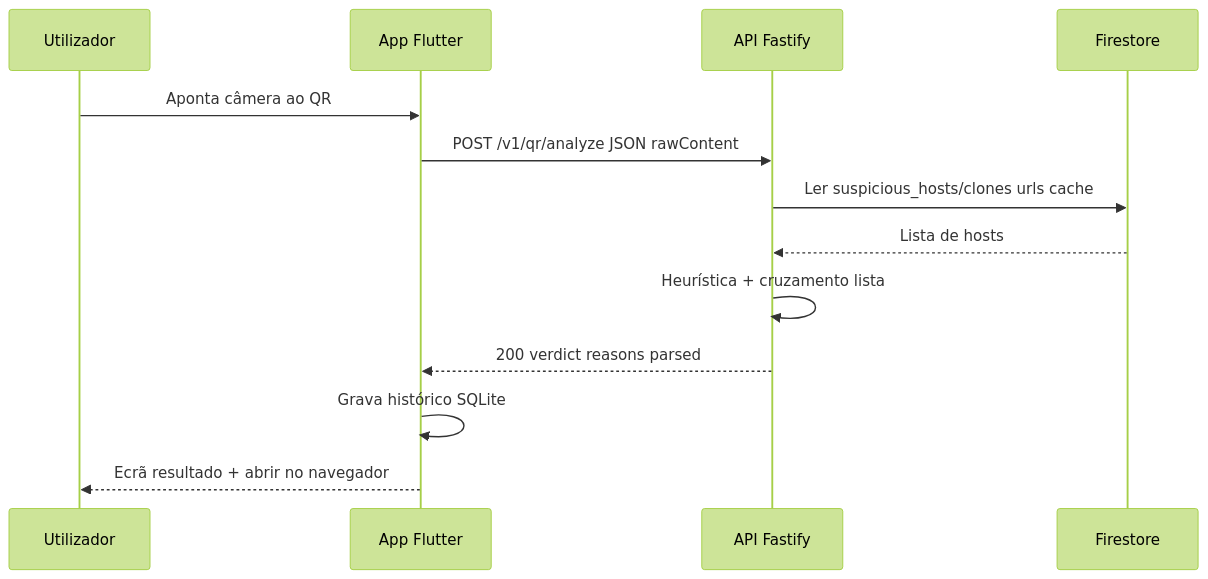
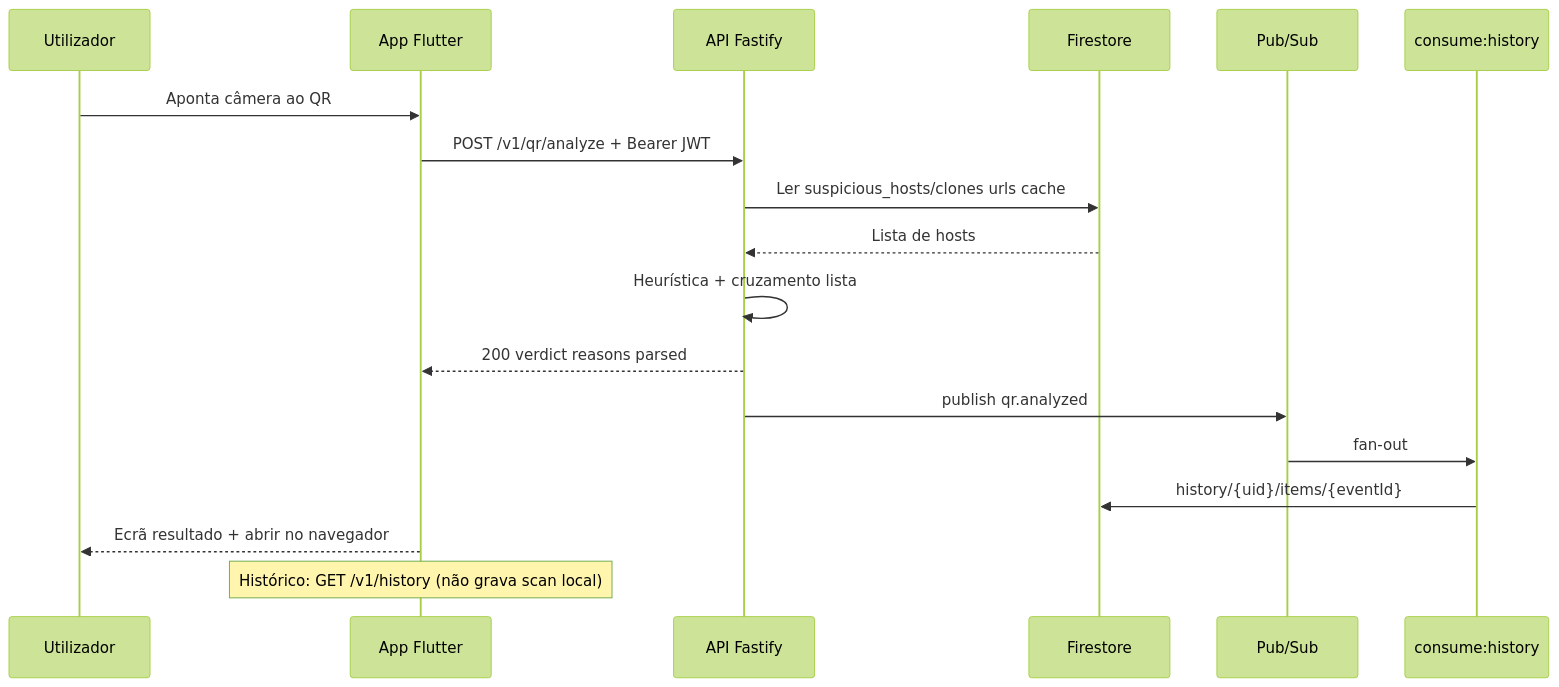
The second of 2 diagrams in docs/SPRINT-2-STATUS-E-PROXIMA-ENTREGA.md (AndreWar10/SafeQR), drawn with Mermaid (forest theme) before and after one commit. The commit also changed other lines of this file and 25 other files, not shown here.

Commit message:
feat: enhance Safe QR app with Bearer JWT authentication for remote API calls and update documentation for local and remote history management

````diff
--- a/docs/SPRINT-2-STATUS-E-PROXIMA-ENTREGA.md
+++ b/docs/SPRINT-2-STATUS-E-PROXIMA-ENTREGA.md
@@ -100,15 +104,20 @@
 ```mermaid
 sequenceDiagram
   participant U as Utilizador
   participant A as App Flutter
   participant B as API Fastify
   participant F as Firestore
+  participant P as Pub/Sub
+  participant M as consume:history
   U->>A: Aponta câmera ao QR
-  A->>B: POST /v1/qr/analyze JSON rawContent
+  A->>B: POST /v1/qr/analyze + Bearer JWT
   B->>F: Ler suspicious_hosts/clones urls cache
   F-->>B: Lista de hosts
   B->>B: Heurística + cruzamento lista
   B-->>A: 200 verdict reasons parsed
-  A->>A: Grava histórico SQLite
+  B->>P: publish qr.analyzed
+  P->>M: fan-out
+  M->>F: history/{uid}/items/{eventId}
   A-->>U: Ecrã resultado + abrir no navegador
+  Note over A: Histórico: GET /v1/history (não grava scan local)
 ```
````
